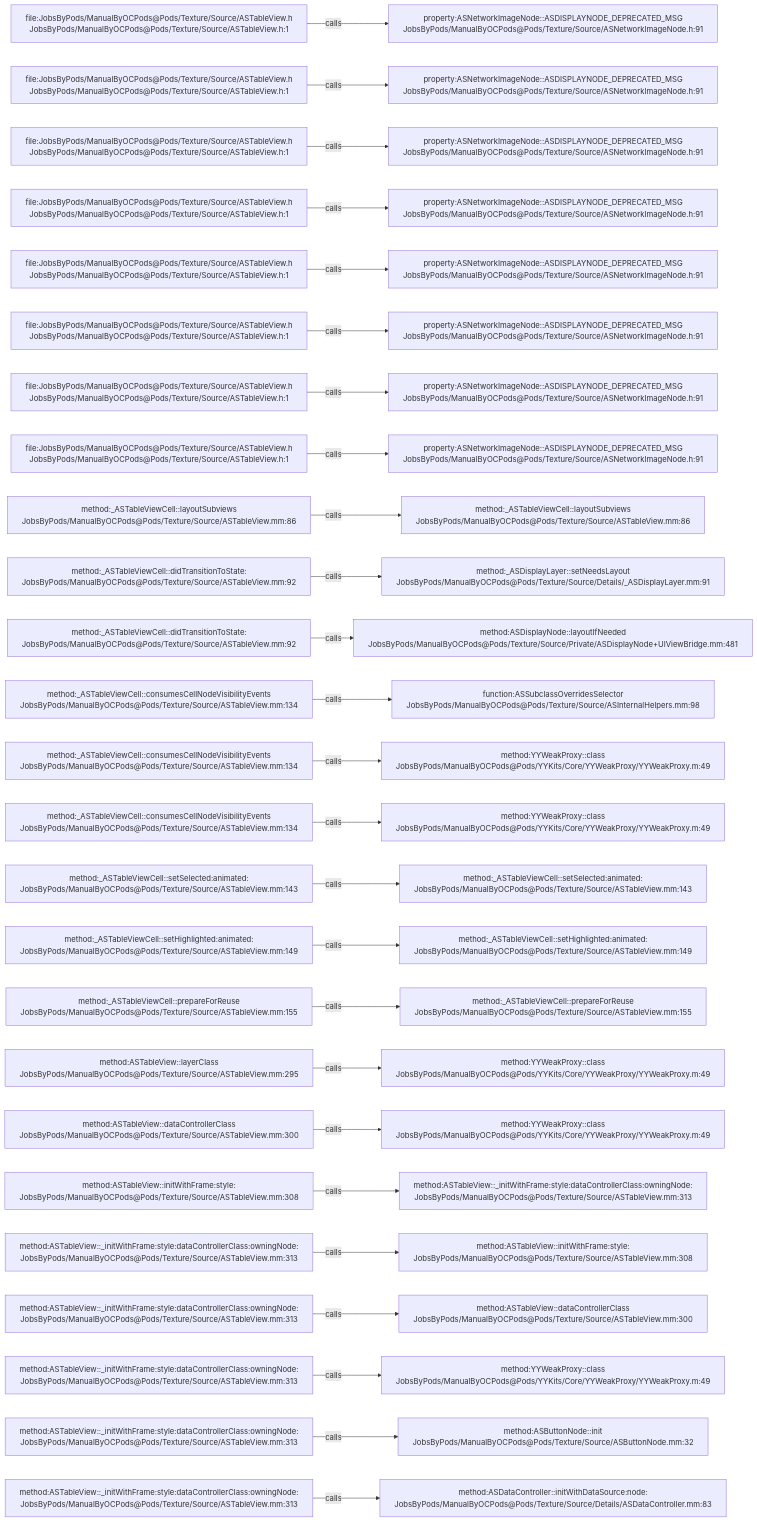
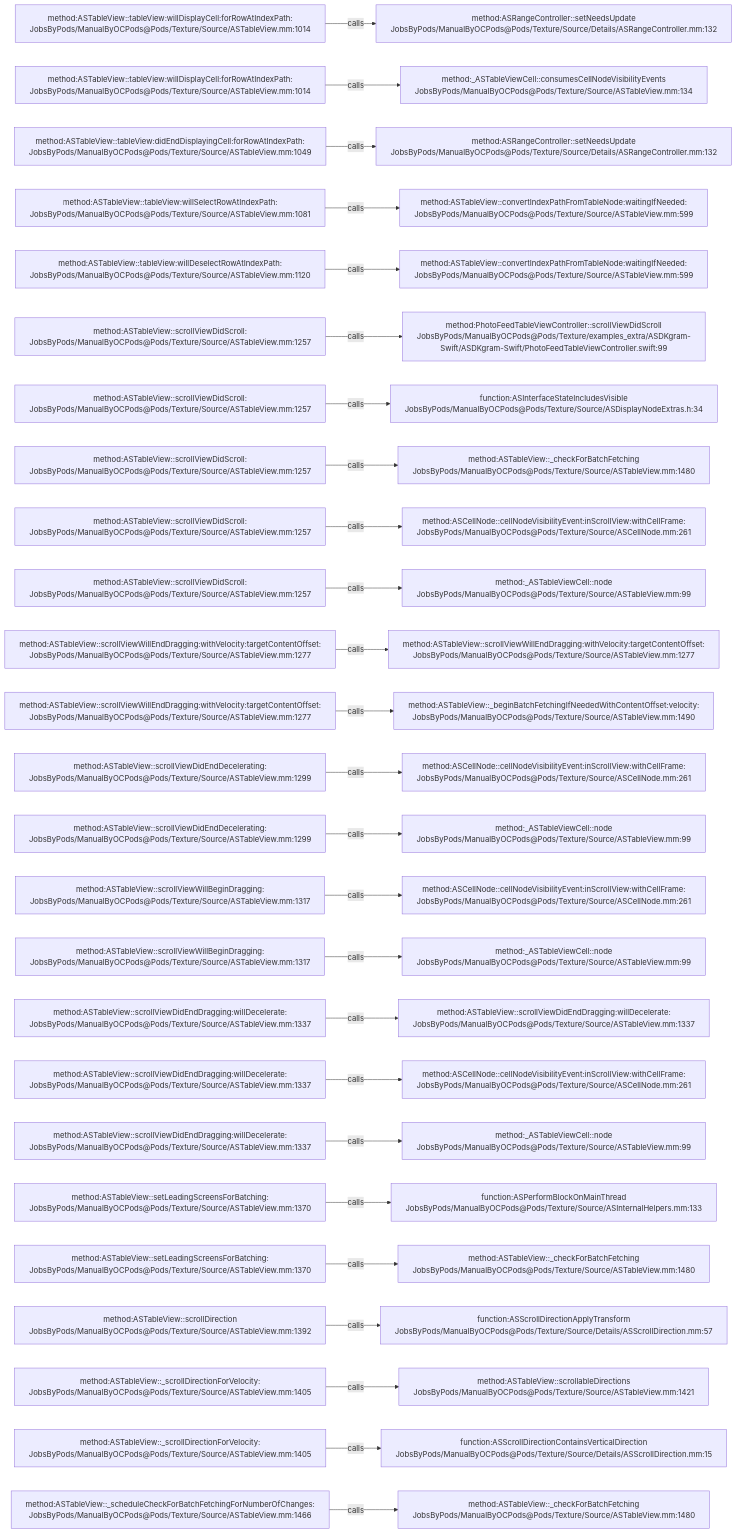
One commit to JobsKits/JobsOCBaseConfigDemo changed the diagram in .codegraph/codegraph.md/graphs/calls-127.md. Above: the diagram before and after it, drawn with Mermaid. The commit also changed 1353 other files, not shown here.

````diff
--- a/.codegraph/codegraph.md/graphs/calls-127.md
+++ b/.codegraph/codegraph.md/graphs/calls-127.md
@@ -13,78 +13,78 @@
 ```mermaid
 flowchart LR
-  S1["file:JobsByPods/ManualByOCPods@Pods/Texture/Source/ASTableView.h<br/>JobsByPods/ManualByOCPods@Pods/Texture/Source/ASTableView.h:1"]
-  T1["property:ASNetworkImageNode::ASDISPLAYNODE_DEPRECATED_MSG<br/>JobsByPods/ManualByOCPods@Pods/Texture/Source/ASNetworkImageNode.h:91"]
+  S1["method:ASTableView::tableView:willDisplayCell:forRowAtIndexPath:<br/>JobsByPods/ManualByOCPods@Pods/Texture/Source/ASTableView.mm:1014"]
+  T1["method:ASRangeController::setNeedsUpdate<br/>JobsByPods/ManualByOCPods@Pods/Texture/Source/Details/ASRangeController.mm:132"]
   S1 -->|calls| T1
-  S2["file:JobsByPods/ManualByOCPods@Pods/Texture/Source/ASTableView.h<br/>JobsByPods/ManualByOCPods@Pods/Texture/Source/ASTableView.h:1"]
-  T2["property:ASNetworkImageNode::ASDISPLAYNODE_DEPRECATED_MSG<br/>JobsByPods/ManualByOCPods@Pods/Texture/Source/ASNetworkImageNode.h:91"]
+  S2["method:ASTableView::tableView:willDisplayCell:forRowAtIndexPath:<br/>JobsByPods/ManualByOCPods@Pods/Texture/Source/ASTableView.mm:1014"]
+  T2["method:_ASTableViewCell::consumesCellNodeVisibilityEvents<br/>JobsByPods/ManualByOCPods@Pods/Texture/Source/ASTableView.mm:134"]
   S2 -->|calls| T2
-  S3["file:JobsByPods/ManualByOCPods@Pods/Texture/Source/ASTableView.h<br/>JobsByPods/ManualByOCPods@Pods/Texture/Source/ASTableView.h:1"]
-  T3["property:ASNetworkImageNode::ASDISPLAYNODE_DEPRECATED_MSG<br/>JobsByPods/ManualByOCPods@Pods/Texture/Source/ASNetworkImageNode.h:91"]
+  S3["method:ASTableView::tableView:didEndDisplayingCell:forRowAtIndexPath:<br/>JobsByPods/ManualByOCPods@Pods/Texture/Source/ASTableView.mm:1049"]
+  T3["method:ASRangeController::setNeedsUpdate<br/>JobsByPods/ManualByOCPods@Pods/Texture/Source/Details/ASRangeController.mm:132"]
   S3 -->|calls| T3
-  S4["file:JobsByPods/ManualByOCPods@Pods/Texture/Source/ASTableView.h<br/>JobsByPods/ManualByOCPods@Pods/Texture/Source/ASTableView.h:1"]
-  T4["property:ASNetworkImageNode::ASDISPLAYNODE_DEPRECATED_MSG<br/>JobsByPods/ManualByOCPods@Pods/Texture/Source/ASNetworkImageNode.h:91"]
+  S4["method:ASTableView::tableView:willSelectRowAtIndexPath:<br/>JobsByPods/ManualByOCPods@Pods/Texture/Source/ASTableView.mm:1081"]
+  T4["method:ASTableView::convertIndexPathFromTableNode:waitingIfNeeded:<br/>JobsByPods/ManualByOCPods@Pods/Texture/Source/ASTableView.mm:599"]
   S4 -->|calls| T4
-  S5["file:JobsByPods/ManualByOCPods@Pods/Texture/Source/ASTableView.h<br/>JobsByPods/ManualByOCPods@Pods/Texture/Source/ASTableView.h:1"]
-  T5["property:ASNetworkImageNode::ASDISPLAYNODE_DEPRECATED_MSG<br/>JobsByPods/ManualByOCPods@Pods/Texture/Source/ASNetworkImageNode.h:91"]
+  S5["method:ASTableView::tableView:willDeselectRowAtIndexPath:<br/>JobsByPods/ManualByOCPods@Pods/Texture/Source/ASTableView.mm:1120"]
+  T5["method:ASTableView::convertIndexPathFromTableNode:waitingIfNeeded:<br/>JobsByPods/ManualByOCPods@Pods/Texture/Source/ASTableView.mm:599"]
   S5 -->|calls| T5
-  S6["file:JobsByPods/ManualByOCPods@Pods/Texture/Source/ASTableView.h<br/>JobsByPods/ManualByOCPods@Pods/Texture/Source/ASTableView.h:1"]
-  T6["property:ASNetworkImageNode::ASDISPLAYNODE_DEPRECATED_MSG<br/>JobsByPods/ManualByOCPods@Pods/Texture/Source/ASNetworkImageNode.h:91"]
+  S6["method:ASTableView::scrollViewDidScroll:<br/>JobsByPods/ManualByOCPods@Pods/Texture/Source/ASTableView.mm:1257"]
+  T6["method:PhotoFeedTableViewController::scrollViewDidScroll<br/>JobsByPods/ManualByOCPods@Pods/Texture/examples_extra/ASDKgram-Swift/ASDKgram-Swift/PhotoFeedTableViewController.swift:99"]
   S6 -->|calls| T6
-  S7["file:JobsByPods/ManualByOCPods@Pods/Texture/Source/ASTableView.h<br/>JobsByPods/ManualByOCPods@Pods/Texture/Source/ASTableView.h:1"]
-  T7["property:ASNetworkImageNode::ASDISPLAYNODE_DEPRECATED_MSG<br/>JobsByPods/ManualByOCPods@Pods/Texture/Source/ASNetworkImageNode.h:91"]
+  S7["method:ASTableView::scrollViewDidScroll:<br/>JobsByPods/ManualByOCPods@Pods/Texture/Source/ASTableView.mm:1257"]
+  T7["function:ASInterfaceStateIncludesVisible<br/>JobsByPods/ManualByOCPods@Pods/Texture/Source/ASDisplayNodeExtras.h:34"]
   S7 -->|calls| T7
-  S8["file:JobsByPods/ManualByOCPods@Pods/Texture/Source/ASTableView.h<br/>JobsByPods/ManualByOCPods@Pods/Texture/Source/ASTableView.h:1"]
-  T8["property:ASNetworkImageNode::ASDISPLAYNODE_DEPRECATED_MSG<br/>JobsByPods/ManualByOCPods@Pods/Texture/Source/ASNetworkImageNode.h:91"]
+  S8["method:ASTableView::scrollViewDidScroll:<br/>JobsByPods/ManualByOCPods@Pods/Texture/Source/ASTableView.mm:1257"]
+  T8["method:ASTableView::_checkForBatchFetching<br/>JobsByPods/ManualByOCPods@Pods/Texture/Source/ASTableView.mm:1480"]
   S8 -->|calls| T8
-  S9["method:_ASTableViewCell::layoutSubviews<br/>JobsByPods/ManualByOCPods@Pods/Texture/Source/ASTableView.mm:86"]
-  T9["method:_ASTableViewCell::layoutSubviews<br/>JobsByPods/ManualByOCPods@Pods/Texture/Source/ASTableView.mm:86"]
+  S9["method:ASTableView::scrollViewDidScroll:<br/>JobsByPods/ManualByOCPods@Pods/Texture/Source/ASTableView.mm:1257"]
+  T9["method:ASCellNode::cellNodeVisibilityEvent:inScrollView:withCellFrame:<br/>JobsByPods/ManualByOCPods@Pods/Texture/Source/ASCellNode.mm:261"]
   S9 -->|calls| T9
-  S10["method:_ASTableViewCell::didTransitionToState:<br/>JobsByPods/ManualByOCPods@Pods/Texture/Source/ASTableView.mm:92"]
-  T10["method:_ASDisplayLayer::setNeedsLayout<br/>JobsByPods/ManualByOCPods@Pods/Texture/Source/Details/_ASDisplayLayer.mm:91"]
+  S10["method:ASTableView::scrollViewDidScroll:<br/>JobsByPods/ManualByOCPods@Pods/Texture/Source/ASTableView.mm:1257"]
+  T10["method:_ASTableViewCell::node<br/>JobsByPods/ManualByOCPods@Pods/Texture/Source/ASTableView.mm:99"]
   S10 -->|calls| T10
-  S11["method:_ASTableViewCell::didTransitionToState:<br/>JobsByPods/ManualByOCPods@Pods/Texture/Source/ASTableView.mm:92"]
-  T11["method:ASDisplayNode::layoutIfNeeded<br/>JobsByPods/ManualByOCPods@Pods/Texture/Source/Private/ASDisplayNode+UIViewBridge.mm:481"]
+  S11["method:ASTableView::scrollViewWillEndDragging:withVelocity:targetContentOffset:<br/>JobsByPods/ManualByOCPods@Pods/Texture/Source/ASTableView.mm:1277"]
+  T11["method:ASTableView::scrollViewWillEndDragging:withVelocity:targetContentOffset:<br/>JobsByPods/ManualByOCPods@Pods/Texture/Source/ASTableView.mm:1277"]
   S11 -->|calls| T11
-  S12["method:_ASTableViewCell::consumesCellNodeVisibilityEvents<br/>JobsByPods/ManualByOCPods@Pods/Texture/Source/ASTableView.mm:134"]
-  T12["function:ASSubclassOverridesSelector<br/>JobsByPods/ManualByOCPods@Pods/Texture/Source/ASInternalHelpers.mm:98"]
+  S12["method:ASTableView::scrollViewWillEndDragging:withVelocity:targetContentOffset:<br/>JobsByPods/ManualByOCPods@Pods/Texture/Source/ASTableView.mm:1277"]
+  T12["method:ASTableView::_beginBatchFetchingIfNeededWithContentOffset:velocity:<br/>JobsByPods/ManualByOCPods@Pods/Texture/Source/ASTableView.mm:1490"]
   S12 -->|calls| T12
-  S13["method:_ASTableViewCell::consumesCellNodeVisibilityEvents<br/>JobsByPods/ManualByOCPods@Pods/Texture/Source/ASTableView.mm:134"]
-  T13["method:YYWeakProxy::class<br/>JobsByPods/ManualByOCPods@Pods/YYKits/Core/YYWeakProxy/YYWeakProxy.m:49"]
+  S13["method:ASTableView::scrollViewDidEndDecelerating:<br/>JobsByPods/ManualByOCPods@Pods/Texture/Source/ASTableView.mm:1299"]
+  T13["method:ASCellNode::cellNodeVisibilityEvent:inScrollView:withCellFrame:<br/>JobsByPods/ManualByOCPods@Pods/Texture/Source/ASCellNode.mm:261"]
   S13 -->|calls| T13
-  S14["method:_ASTableViewCell::consumesCellNodeVisibilityEvents<br/>JobsByPods/ManualByOCPods@Pods/Texture/Source/ASTableView.mm:134"]
-  T14["method:YYWeakProxy::class<br/>JobsByPods/ManualByOCPods@Pods/YYKits/Core/YYWeakProxy/YYWeakProxy.m:49"]
+  S14["method:ASTableView::scrollViewDidEndDecelerating:<br/>JobsByPods/ManualByOCPods@Pods/Texture/Source/ASTableView.mm:1299"]
+  T14["method:_ASTableViewCell::node<br/>JobsByPods/ManualByOCPods@Pods/Texture/Source/ASTableView.mm:99"]
   S14 -->|calls| T14
-  S15["method:_ASTableViewCell::setSelected:animated:<br/>JobsByPods/ManualByOCPods@Pods/Texture/Source/ASTableView.mm:143"]
-  T15["method:_ASTableViewCell::setSelected:animated:<br/>JobsByPods/ManualByOCPods@Pods/Texture/Source/ASTableView.mm:143"]
+  S15["method:ASTableView::scrollViewWillBeginDragging:<br/>JobsByPods/ManualByOCPods@Pods/Texture/Source/ASTableView.mm:1317"]
+  T15["method:ASCellNode::cellNodeVisibilityEvent:inScrollView:withCellFrame:<br/>JobsByPods/ManualByOCPods@Pods/Texture/Source/ASCellNode.mm:261"]
   S15 -->|calls| T15
-  S16["method:_ASTableViewCell::setHighlighted:animated:<br/>JobsByPods/ManualByOCPods@Pods/Texture/Source/ASTableView.mm:149"]
-  T16["method:_ASTableViewCell::setHighlighted:animated:<br/>JobsByPods/ManualByOCPods@Pods/Texture/Source/ASTableView.mm:149"]
+  S16["method:ASTableView::scrollViewWillBeginDragging:<br/>JobsByPods/ManualByOCPods@Pods/Texture/Source/ASTableView.mm:1317"]
+  T16["method:_ASTableViewCell::node<br/>JobsByPods/ManualByOCPods@Pods/Texture/Source/ASTableView.mm:99"]
   S16 -->|calls| T16
-  S17["method:_ASTableViewCell::prepareForReuse<br/>JobsByPods/ManualByOCPods@Pods/Texture/Source/ASTableView.mm:155"]
-  T17["method:_ASTableViewCell::prepareForReuse<br/>JobsByPods/ManualByOCPods@Pods/Texture/Source/ASTableView.mm:155"]
+  S17["method:ASTableView::scrollViewDidEndDragging:willDecelerate:<br/>JobsByPods/ManualByOCPods@Pods/Texture/Source/ASTableView.mm:1337"]
+  T17["method:ASTableView::scrollViewDidEndDragging:willDecelerate:<br/>JobsByPods/ManualByOCPods@Pods/Texture/Source/ASTableView.mm:1337"]
   S17 -->|calls| T17
-  S18["method:ASTableView::layerClass<br/>JobsByPods/ManualByOCPods@Pods/Texture/Source/ASTableView.mm:295"]
-  T18["method:YYWeakProxy::class<br/>JobsByPods/ManualByOCPods@Pods/YYKits/Core/YYWeakProxy/YYWeakProxy.m:49"]
+  S18["method:ASTableView::scrollViewDidEndDragging:willDecelerate:<br/>JobsByPods/ManualByOCPods@Pods/Texture/Source/ASTableView.mm:1337"]
+  T18["method:ASCellNode::cellNodeVisibilityEvent:inScrollView:withCellFrame:<br/>JobsByPods/ManualByOCPods@Pods/Texture/Source/ASCellNode.mm:261"]
   S18 -->|calls| T18
-  S19["method:ASTableView::dataControllerClass<br/>JobsByPods/ManualByOCPods@Pods/Texture/Source/ASTableView.mm:300"]
-  T19["method:YYWeakProxy::class<br/>JobsByPods/ManualByOCPods@Pods/YYKits/Core/YYWeakProxy/YYWeakProxy.m:49"]
+  S19["method:ASTableView::scrollViewDidEndDragging:willDecelerate:<br/>JobsByPods/ManualByOCPods@Pods/Texture/Source/ASTableView.mm:1337"]
+  T19["method:_ASTableViewCell::node<br/>JobsByPods/ManualByOCPods@Pods/Texture/Source/ASTableView.mm:99"]
   S19 -->|calls| T19
-  S20["method:ASTableView::initWithFrame:style:<br/>JobsByPods/ManualByOCPods@Pods/Texture/Source/ASTableView.mm:308"]
-  T20["method:ASTableView::_initWithFrame:style:dataControllerClass:owningNode:<br/>JobsByPods/ManualByOCPods@Pods/Texture/Source/ASTableView.mm:313"]
+  S20["method:ASTableView::setLeadingScreensForBatching:<br/>JobsByPods/ManualByOCPods@Pods/Texture/Source/ASTableView.mm:1370"]
+  T20["function:ASPerformBlockOnMainThread<br/>JobsByPods/ManualByOCPods@Pods/Texture/Source/ASInternalHelpers.mm:133"]
   S20 -->|calls| T20
-  S21["method:ASTableView::_initWithFrame:style:dataControllerClass:owningNode:<br/>JobsByPods/ManualByOCPods@Pods/Texture/Source/ASTableView.mm:313"]
-  T21["method:ASTableView::initWithFrame:style:<br/>JobsByPods/ManualByOCPods@Pods/Texture/Source/ASTableView.mm:308"]
+  S21["method:ASTableView::setLeadingScreensForBatching:<br/>JobsByPods/ManualByOCPods@Pods/Texture/Source/ASTableView.mm:1370"]
+  T21["method:ASTableView::_checkForBatchFetching<br/>JobsByPods/ManualByOCPods@Pods/Texture/Source/ASTableView.mm:1480"]
   S21 -->|calls| T21
-  S22["method:ASTableView::_initWithFrame:style:dataControllerClass:owningNode:<br/>JobsByPods/ManualByOCPods@Pods/Texture/Source/ASTableView.mm:313"]
-  T22["method:ASTableView::dataControllerClass<br/>JobsByPods/ManualByOCPods@Pods/Texture/Source/ASTableView.mm:300"]
+  S22["method:ASTableView::scrollDirection<br/>JobsByPods/ManualByOCPods@Pods/Texture/Source/ASTableView.mm:1392"]
+  T22["function:ASScrollDirectionApplyTransform<br/>JobsByPods/ManualByOCPods@Pods/Texture/Source/Details/ASScrollDirection.mm:57"]
   S22 -->|calls| T22
-  S23["method:ASTableView::_initWithFrame:style:dataControllerClass:owningNode:<br/>JobsByPods/ManualByOCPods@Pods/Texture/Source/ASTableView.mm:313"]
-  T23["method:YYWeakProxy::class<br/>JobsByPods/ManualByOCPods@Pods/YYKits/Core/YYWeakProxy/YYWeakProxy.m:49"]
+  S23["method:ASTableView::_scrollDirectionForVelocity:<br/>JobsByPods/ManualByOCPods@Pods/Texture/Source/ASTableView.mm:1405"]
+  T23["method:ASTableView::scrollableDirections<br/>JobsByPods/ManualByOCPods@Pods/Texture/Source/ASTableView.mm:1421"]
   S23 -->|calls| T23
-  S24["method:ASTableView::_initWithFrame:style:dataControllerClass:owningNode:<br/>JobsByPods/ManualByOCPods@Pods/Texture/Source/ASTableView.mm:313"]
-  T24["method:ASButtonNode::init<br/>JobsByPods/ManualByOCPods@Pods/Texture/Source/ASButtonNode.mm:32"]
+  S24["method:ASTableView::_scrollDirectionForVelocity:<br/>JobsByPods/ManualByOCPods@Pods/Texture/Source/ASTableView.mm:1405"]
+  T24["function:ASScrollDirectionContainsVerticalDirection<br/>JobsByPods/ManualByOCPods@Pods/Texture/Source/Details/ASScrollDirection.mm:15"]
   S24 -->|calls| T24
-  S25["method:ASTableView::_initWithFrame:style:dataControllerClass:owningNode:<br/>JobsByPods/ManualByOCPods@Pods/Texture/Source/ASTableView.mm:313"]
-  T25["method:ASDataController::initWithDataSource:node:<br/>JobsByPods/ManualByOCPods@Pods/Texture/Source/Details/ASDataController.mm:83"]
+  S25["method:ASTableView::_scheduleCheckForBatchFetchingForNumberOfChanges:<br/>JobsByPods/ManualByOCPods@Pods/Texture/Source/ASTableView.mm:1466"]
+  T25["method:ASTableView::_checkForBatchFetching<br/>JobsByPods/ManualByOCPods@Pods/Texture/Source/ASTableView.mm:1480"]
   S25 -->|calls| T25
 ```
````
